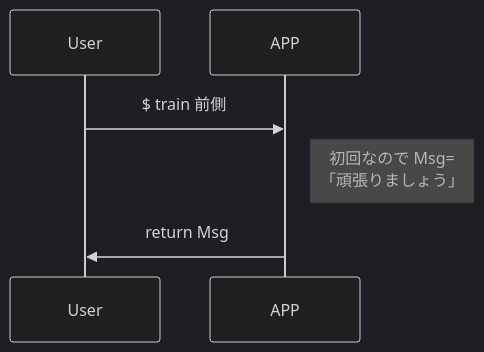
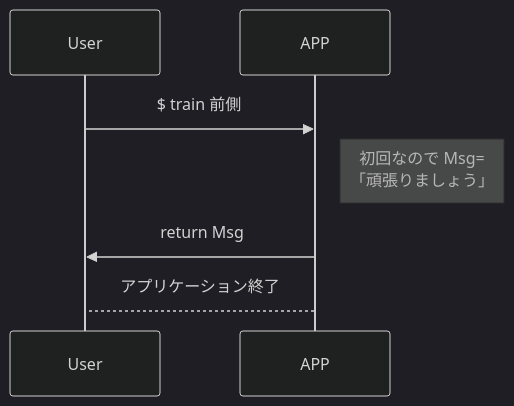
Before and after one commit to lamplusoka/train_Muscle: the first of 2 diagrams in flow.md, drawn with Mermaid (dark theme). The commit also changed other lines of this file, not shown here.

Commit message:
flow.md updated from https://stackedit.io/

````diff
--- a/flow.md
+++ b/flow.md
@@ -4,7 +4,7 @@
 ```mermaid
 sequenceDiagram
 User->> APP: $ train 前側
 Note right of APP:初回なので Msg=<br>「頑張りましょう」
 APP->> User: return Msg
-
+APP-->User: アプリケーション終了
 ```
````
